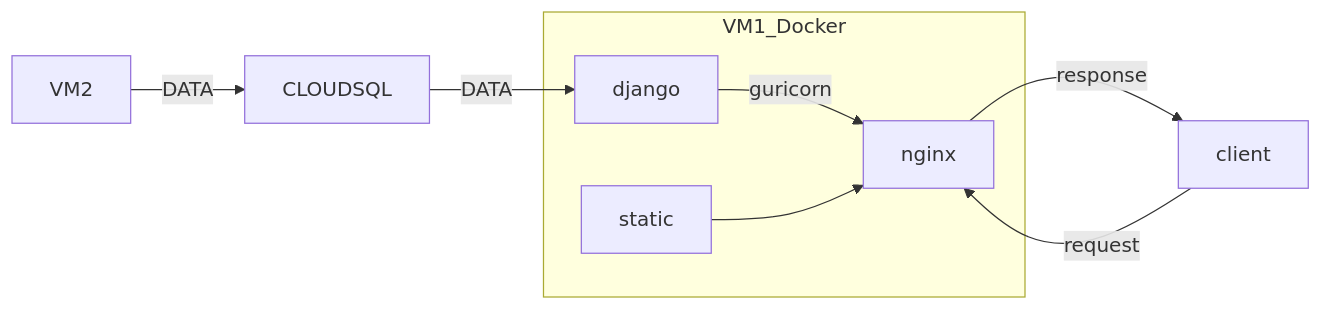
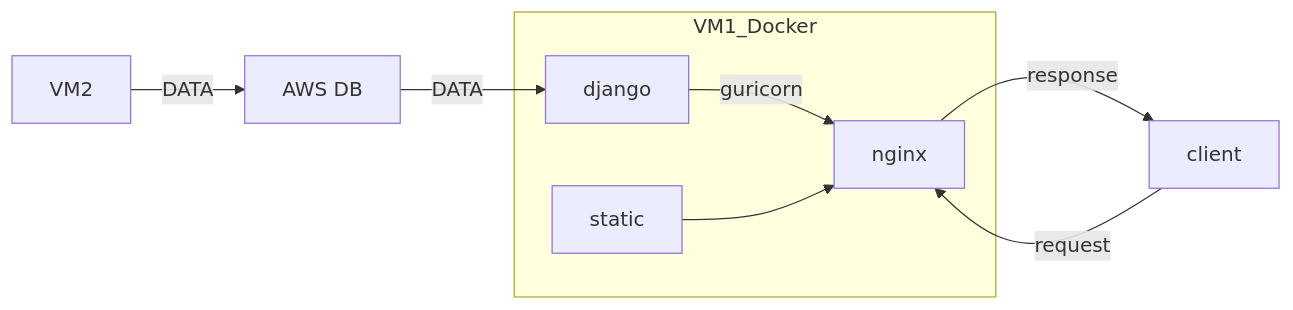
Before and after one commit to merucode/merucode.github.io: the diagram in docs/menu11-project/menu11-sub1-web/menu11-sub1-sub1-design.md, drawn with Mermaid. The commit also changed other lines of this file and 6 other files, not shown here.

````diff
--- a/docs/menu11-project/menu11-sub1-web/menu11-sub1-sub1-design.md
+++ b/docs/menu11-project/menu11-sub1-web/menu11-sub1-sub1-design.md
@@ -25,11 +24,11 @@
 ```mermaid
 flowchart LR
-    a1[VM2]--DATA-->a2[CLOUDSQL]
+    a1[VM2]--DATA-->a2[AWS DB]
     a2--DATA-->b1
     subgraph VM1_Docker
     b1[django]--guricorn-->b2[nginx]
     b3[static]-->b2
     end
     c1[client]--request-->b2
     b2--response-->c1
 ```
````
